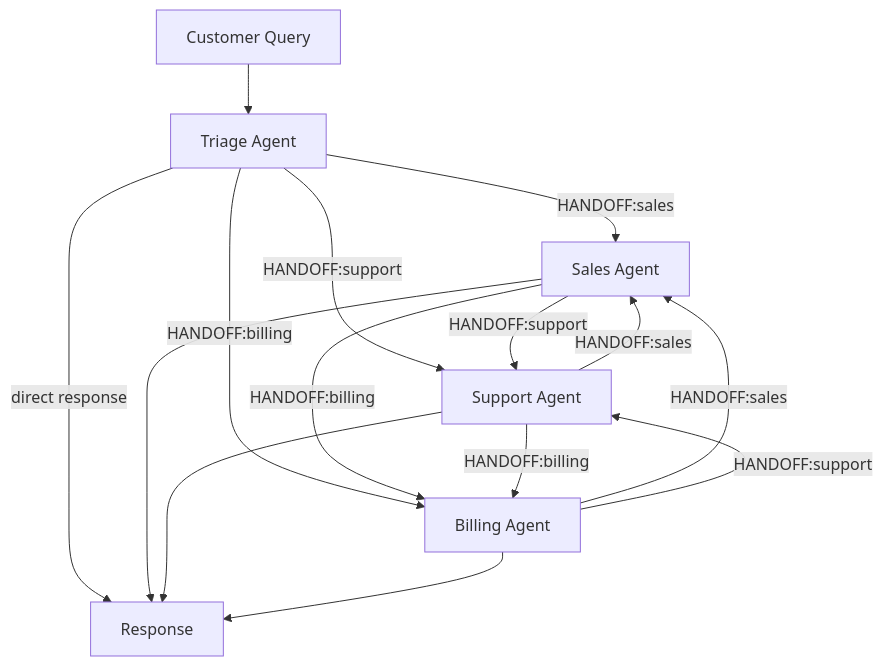
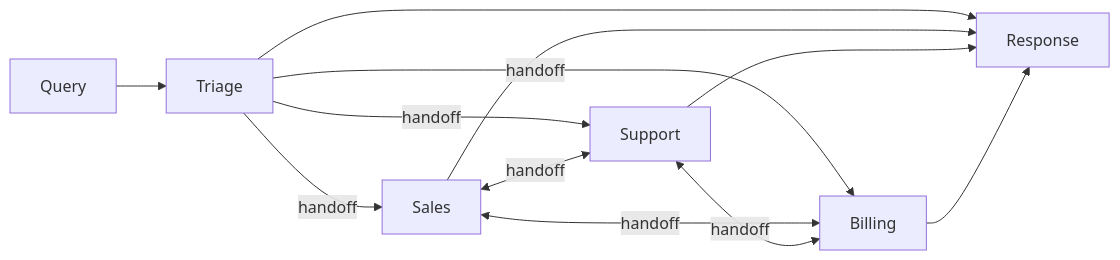
One commit to uid4oe/agent-orchestration-patterns changed the diagram in patterns/swarm/README.md. Above: the diagram before and after it, drawn with Mermaid. The commit also changed 7 other files, not shown here.

First line of the commit message:
refactor(frontend): remove Event Flow section, unify mermaid graphs, fix bull avatar

````diff
--- a/patterns/swarm/README.md
+++ b/patterns/swarm/README.md
@@ -13,17 +13,14 @@
 ```mermaid
-graph TB
-    Input[Customer Query] --> Triage[Triage Agent]
-    Triage -->|direct response| Output[Response]
-    Triage -->|HANDOFF:sales| Sales[Sales Agent]
-    Triage -->|HANDOFF:support| Support[Support Agent]
-    Triage -->|HANDOFF:billing| Billing[Billing Agent]
-    Sales -->|HANDOFF:support| Support
-    Sales -->|HANDOFF:billing| Billing
-    Support -->|HANDOFF:sales| Sales
-    Support -->|HANDOFF:billing| Billing
-    Billing -->|HANDOFF:sales| Sales
-    Billing -->|HANDOFF:support| Support
+graph LR
+    Input[Query] --> Triage[Triage]
+    Triage --> Output[Response]
+    Triage -->|handoff| Sales[Sales]
+    Triage -->|handoff| Support[Support]
+    Triage -->|handoff| Billing[Billing]
+    Sales <-->|handoff| Support
+    Sales <-->|handoff| Billing
+    Support <-->|handoff| Billing
     Sales --> Output
     Support --> Output
     Billing --> Output
 ```
````
